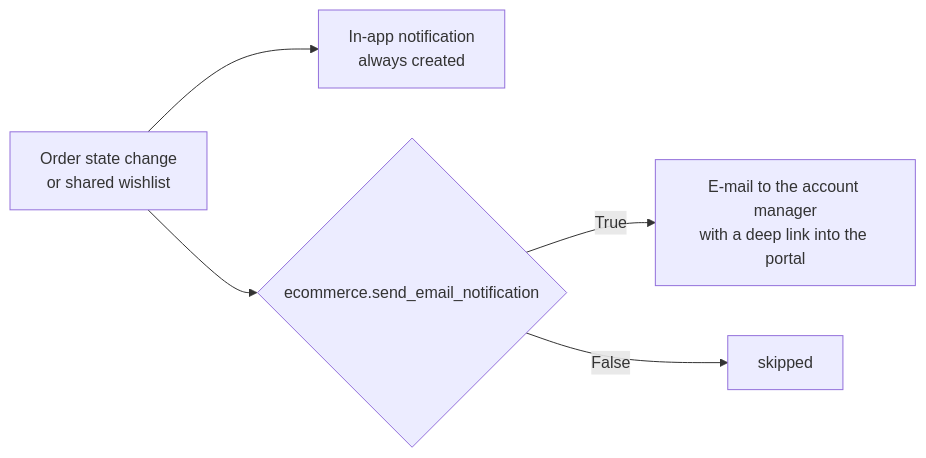
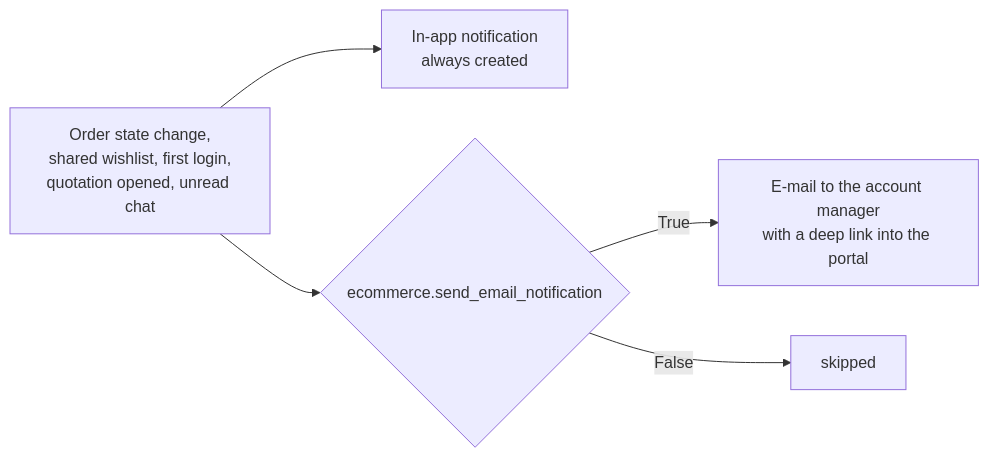
Before and after one commit to LaplaceSoftware/lp_projects_docs: the sixth of 7 diagrams in docs/b2b_ecommerce_docs/_technical_docs/012-Realtime-and-Messaging.md, drawn with Mermaid. The commit also changed other lines of this file and 21 other files, not shown here.

````diff
--- a/docs/b2b_ecommerce_docs/_technical_docs/012-Realtime-and-Messaging.md
+++ b/docs/b2b_ecommerce_docs/_technical_docs/012-Realtime-and-Messaging.md
@@ -166,7 +177,7 @@
 ```mermaid
 flowchart LR
-    EV["Order state change<br/>or shared wishlist"] --> N["In-app notification<br/>always created"]
+    EV["Order state change,<br/>shared wishlist, first login,<br/>quotation opened, unread chat"] --> N["In-app notification<br/>always created"]
     EV --> Q{"ecommerce.send_email_notification"}
     Q -->|True| M["E-mail to the account manager<br/>with a deep link into the portal"]
     Q -->|False| S["skipped"]
 ```
````
